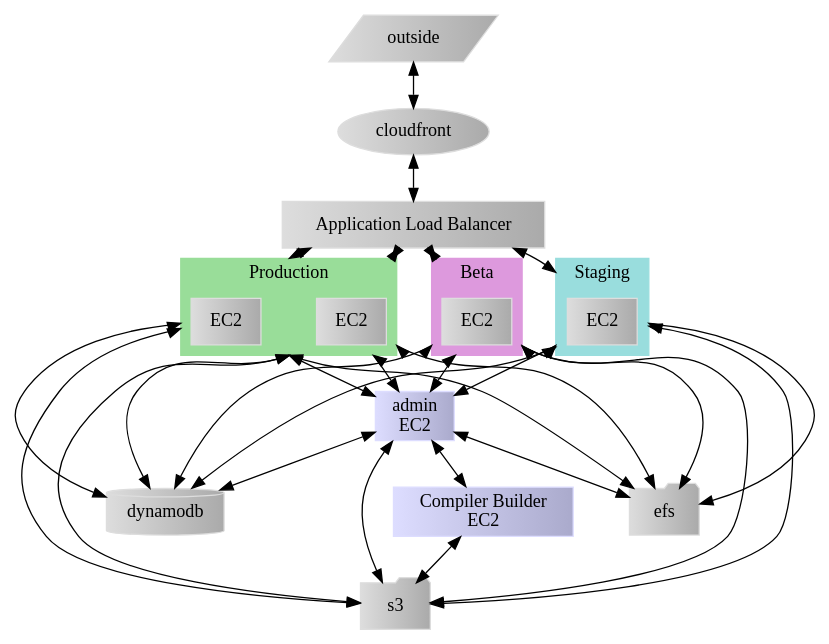
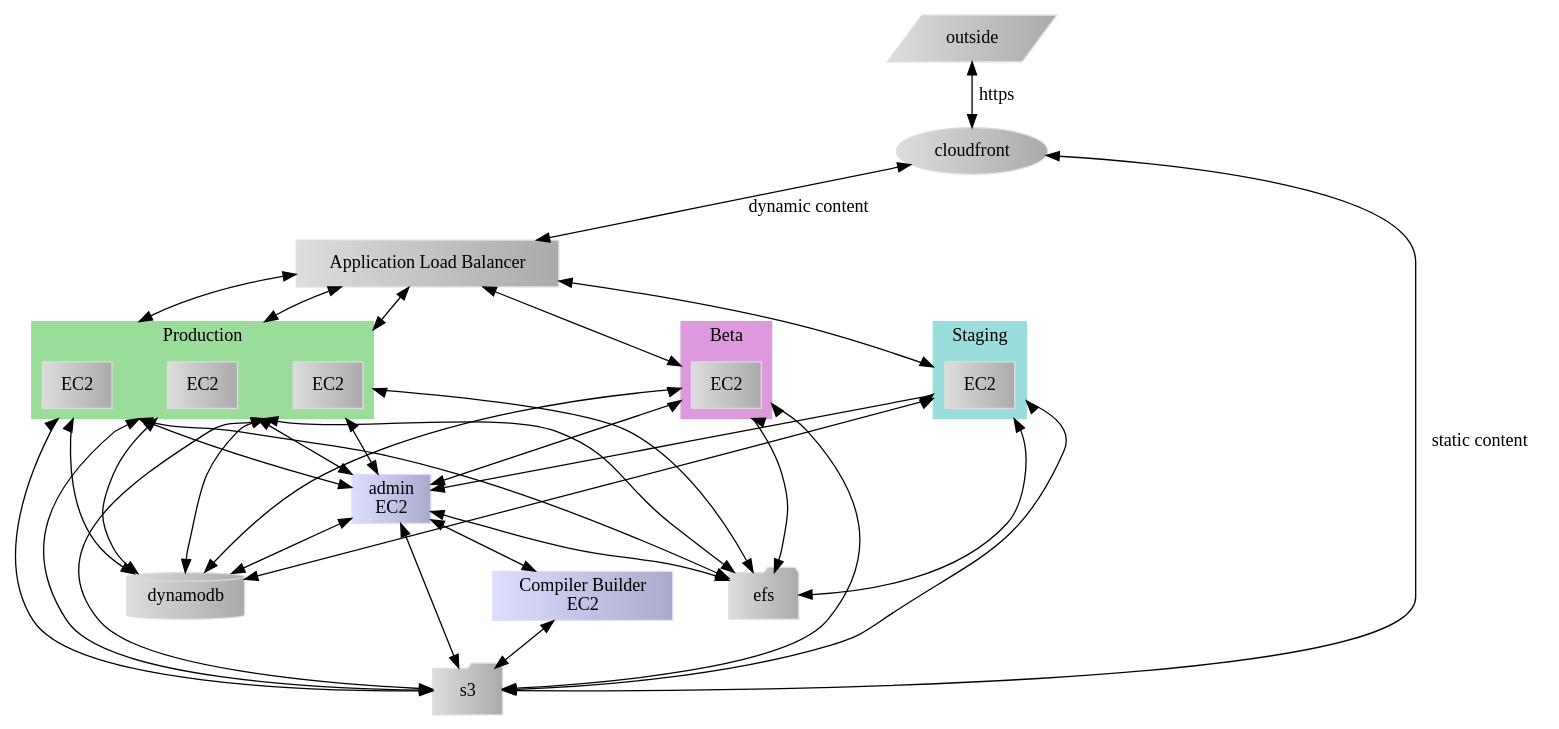
Before and after one commit to mattgodbolt/ce-behind-the-scenes: the diagram in ce.dot, drawn with Graphviz. The commit also changed 7 other files, not shown here.

```diff
--- a/ce.dot
+++ b/ce.dot
@@ -1,66 +1,69 @@
 digraph compiler_explorer {
     bgcolor=white;
     compound=true;
     nodesep=0.6;
     node [ color="#dddddd:#aaaaaa"; style=filled];
     edge [ dir=both ];
     outside [shape = parallelogram, rank="source"];
 
     cloudfront [shape = oval];
 
     alb [shape = box, label="Application Load Balancer"];
 
     subgraph cluster_ce_nodes {
         label = "Production";
         style = filled;
         color="#99dd99";
 
         ce_node_1 [shape = box, label="EC2"];
         ce_node_2 [shape = box, label="EC2"];
+        ce_node_3 [shape = box, label="EC2"];
     }
     subgraph cluster_beta_nodes {
         label="Beta";
         style = filled;
         color="#dd99dd";
         beta_node_1 [shape = box, label="EC2"];
     }
     subgraph cluster_staging_nodes {
         label="Staging";
         style = filled;
         color="#99dddd";
         staging_node_1 [shape = box, label="EC2"];
     }
 
     admin [shape = box, rank="sink", label="admin\nEC2", color="#ddddff:#aaaacc"];
 
     efs [shape = folder];
     s3 [shape = folder];
     dynamodb [shape = cylinder];
 
-    outside -> cloudfront;
-    cloudfront -> alb;
+    outside -> cloudfront [label="https"];
+    cloudfront -> alb [label="dynamic content"];
+    cloudfront -> s3 [label="static content"];
 
     alb -> ce_node_1 [lhead=cluster_ce_nodes];
     alb -> ce_node_2 [lhead=cluster_ce_nodes];
+    alb -> ce_node_3 [lhead=cluster_ce_nodes];
     alb -> beta_node_1 [lhead=cluster_beta_nodes];
     alb -> staging_node_1 [lhead=cluster_staging_nodes];
 
     build [ shape=box, label="Compiler Builder\nEC2", color="#ddddff:#aaaacc"];
 
     admin->build;
     build->s3;
 
-    admin -> {efs, s3, dynamodb };
-    { ce_node_1, ce_node_2} -> admin [ltail=cluster_ce_nodes];
-    { ce_node_1, ce_node_2} -> efs [ltail=cluster_ce_nodes];
-    { ce_node_1, ce_node_2} -> s3 [ltail=cluster_ce_nodes];
-    { ce_node_1, ce_node_2} -> dynamodb [ltail=cluster_ce_nodes];
+    admin -> {efs, s3, dynamodb};
+    { ce_node_1, ce_node_2, ce_node_3 } -> admin [ltail=cluster_ce_nodes];
+    { ce_node_1, ce_node_2, ce_node_3 } -> efs [ltail=cluster_ce_nodes];
+    { ce_node_1, ce_node_2, ce_node_3 } -> s3 [ltail=cluster_ce_nodes];
+    { ce_node_1, ce_node_2, ce_node_3 } -> dynamodb [ltail=cluster_ce_nodes];
     { beta_node_1 } -> admin [ltail=cluster_beta_nodes];
     { beta_node_1 } -> efs [ltail=cluster_beta_nodes];
     { beta_node_1 } -> s3 [ltail=cluster_beta_nodes];
     { beta_node_1 } -> dynamodb [ltail=cluster_beta_nodes];
     { staging_node_1 } -> admin [ltail=cluster_staging_nodes];
     { staging_node_1 } -> efs [ltail=cluster_staging_nodes];
     { staging_node_1 } -> s3 [ltail=cluster_staging_nodes];
     { staging_node_1 } -> dynamodb [ltail=cluster_staging_nodes];
 }
```
